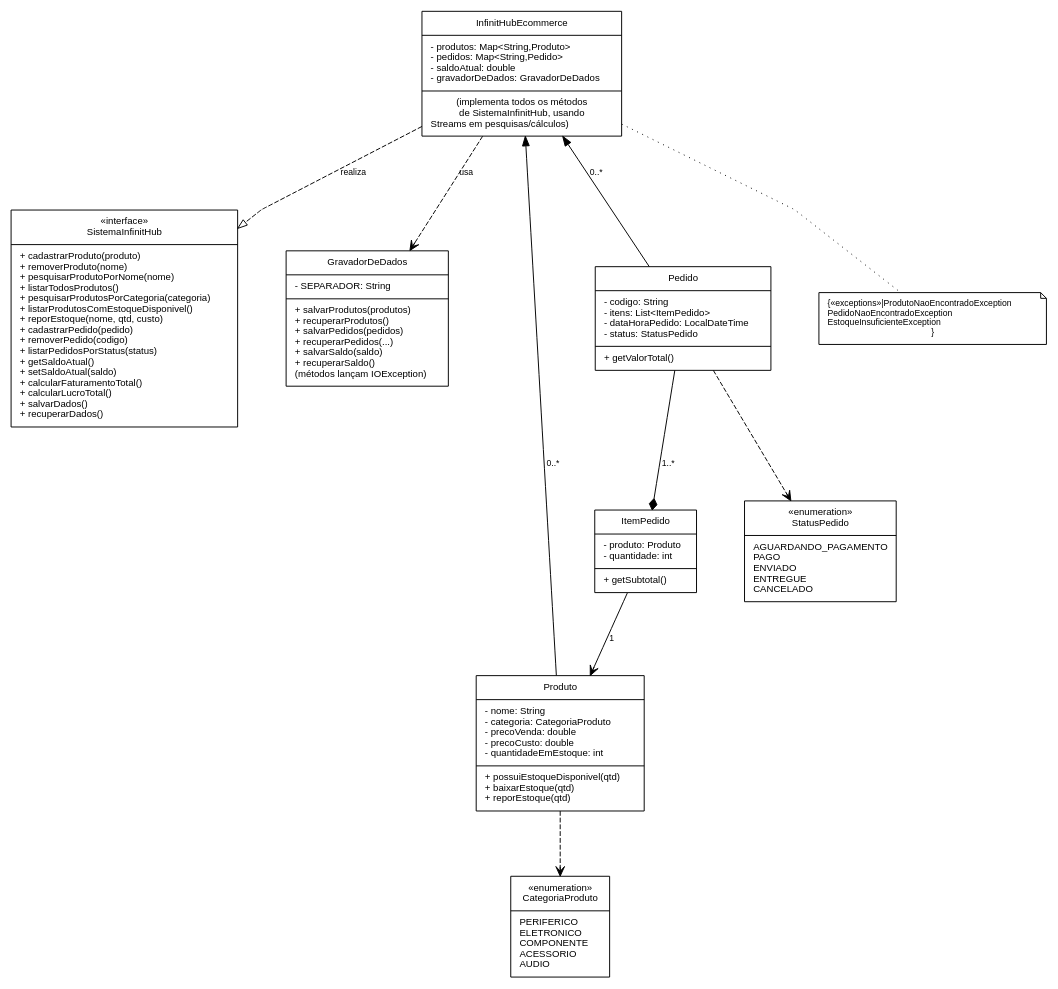
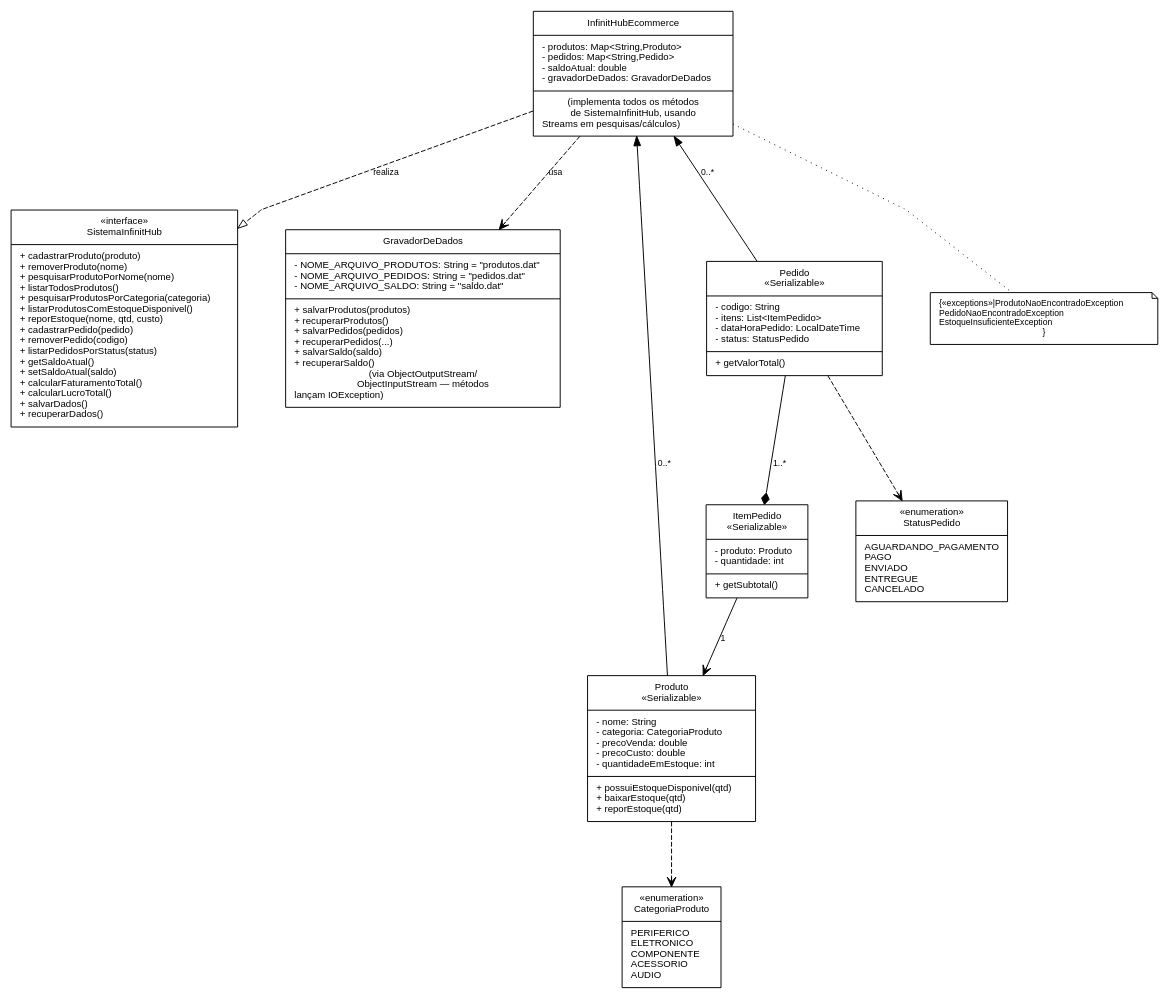
Before and after one commit to AbnerMatheus007/GestaoiHub-POO: the diagram in diagrama-uml.dot, drawn with Graphviz. The commit also changed 17 other files, not shown here.

```diff
--- a/diagrama-uml.dot
+++ b/diagrama-uml.dot
@@ -1,33 +1,33 @@
 digraph InfinitHubUML {
     graph [fontname="Helvetica", rankdir=TB, splines=polyline, nodesep=0.7, ranksep=0.9, bgcolor="white"];
     node [shape=record, fontname="Helvetica", fontsize=10, margin="0.12,0.10"];
     edge [fontname="Helvetica", fontsize=9];
 
     Interface [label="{«interface»\nSistemaInfinitHub|+ cadastrarProduto(produto)\l+ removerProduto(nome)\l+ pesquisarProdutoPorNome(nome)\l+ listarTodosProdutos()\l+ pesquisarProdutosPorCategoria(categoria)\l+ listarProdutosComEstoqueDisponivel()\l+ reporEstoque(nome, qtd, custo)\l+ cadastrarPedido(pedido)\l+ removerPedido(codigo)\l+ listarPedidosPorStatus(status)\l+ getSaldoAtual()\l+ setSaldoAtual(saldo)\l+ calcularFaturamentoTotal()\l+ calcularLucroTotal()\l+ salvarDados()\l+ recuperarDados()\l}"];
 
     Impl [label="{InfinitHubEcommerce|- produtos: Map\<String,Produto\>\l- pedidos: Map\<String,Pedido\>\l- saldoAtual: double\l- gravadorDeDados: GravadorDeDados\l|(implementa todos os métodos\nde SistemaInfinitHub, usando\nStreams em pesquisas/cálculos)\l}"];
 
-    Gravador [label="{GravadorDeDados|- SEPARADOR: String\l|+ salvarProdutos(produtos)\l+ recuperarProdutos()\l+ salvarPedidos(pedidos)\l+ recuperarPedidos(...)\l+ salvarSaldo(saldo)\l+ recuperarSaldo()\l(métodos lançam IOException)\l}"];
+    Gravador [label="{GravadorDeDados|- NOME_ARQUIVO_PRODUTOS: String = \"produtos.dat\"\l- NOME_ARQUIVO_PEDIDOS: String = \"pedidos.dat\"\l- NOME_ARQUIVO_SALDO: String = \"saldo.dat\"\l|+ salvarProdutos(produtos)\l+ recuperarProdutos()\l+ salvarPedidos(pedidos)\l+ recuperarPedidos(...)\l+ salvarSaldo(saldo)\l+ recuperarSaldo()\l(via ObjectOutputStream/\nObjectInputStream — métodos\nlançam IOException)\l}"];
 
-    Produto [label="{Produto|- nome: String\l- categoria: CategoriaProduto\l- precoVenda: double\l- precoCusto: double\l- quantidadeEmEstoque: int\l|+ possuiEstoqueDisponivel(qtd)\l+ baixarEstoque(qtd)\l+ reporEstoque(qtd)\l}"];
+    Produto [label="{Produto\n«Serializable»|- nome: String\l- categoria: CategoriaProduto\l- precoVenda: double\l- precoCusto: double\l- quantidadeEmEstoque: int\l|+ possuiEstoqueDisponivel(qtd)\l+ baixarEstoque(qtd)\l+ reporEstoque(qtd)\l}"];
 
-    ItemPedido [label="{ItemPedido|- produto: Produto\l- quantidade: int\l|+ getSubtotal()\l}"];
+    ItemPedido [label="{ItemPedido\n«Serializable»|- produto: Produto\l- quantidade: int\l|+ getSubtotal()\l}"];
 
-    Pedido [label="{Pedido|- codigo: String\l- itens: List\<ItemPedido\>\l- dataHoraPedido: LocalDateTime\l- status: StatusPedido\l|+ getValorTotal()\l}"];
+    Pedido [label="{Pedido\n«Serializable»|- codigo: String\l- itens: List\<ItemPedido\>\l- dataHoraPedido: LocalDateTime\l- status: StatusPedido\l|+ getValorTotal()\l}"];
 
     CategoriaProduto [label="{«enumeration»\nCategoriaProduto|PERIFERICO\lELETRONICO\lCOMPONENTE\lACESSORIO\lAUDIO\l}"];
 
     StatusPedido [label="{«enumeration»\nStatusPedido|AGUARDANDO_PAGAMENTO\lPAGO\lENVIADO\lENTREGUE\lCANCELADO\l}"];
 
     Excecoes [label="{«exceptions»|ProdutoNaoEncontradoException\lPedidoNaoEncontradoException\lEstoqueInsuficienteException\l}", shape=note, fontsize=9];
 
     Impl -> Interface [arrowhead=empty, style=dashed, label="realiza"];
     Impl -> Gravador [arrowhead=vee, style=dashed, label="usa"];
     Impl -> Produto [arrowhead=diamond, label="0..*", dir=back];
     Impl -> Pedido [arrowhead=diamond, label="0..*", dir=back];
     Pedido -> ItemPedido [arrowhead=diamond, label="1..*"];
     ItemPedido -> Produto [arrowhead=vee, label="1"];
     Produto -> CategoriaProduto [arrowhead=vee, style=dashed];
     Pedido -> StatusPedido [arrowhead=vee, style=dashed];
     Impl -> Excecoes [style=dotted, arrowhead=none];
 }
```
